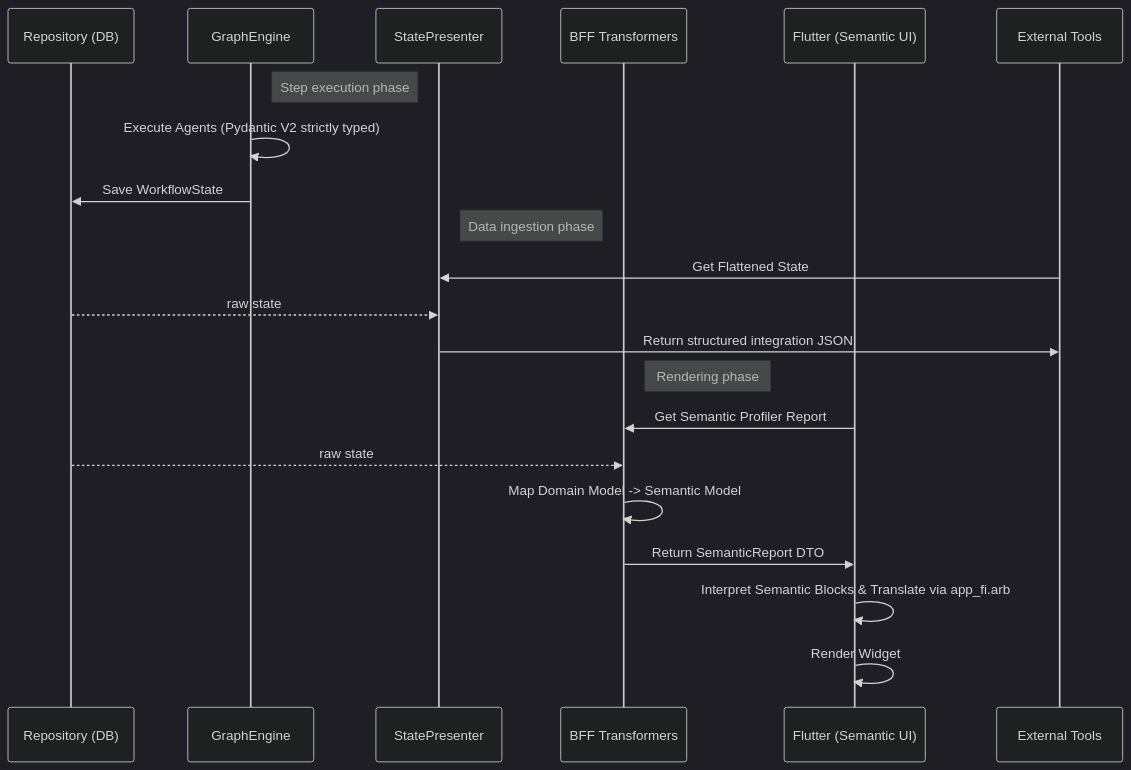
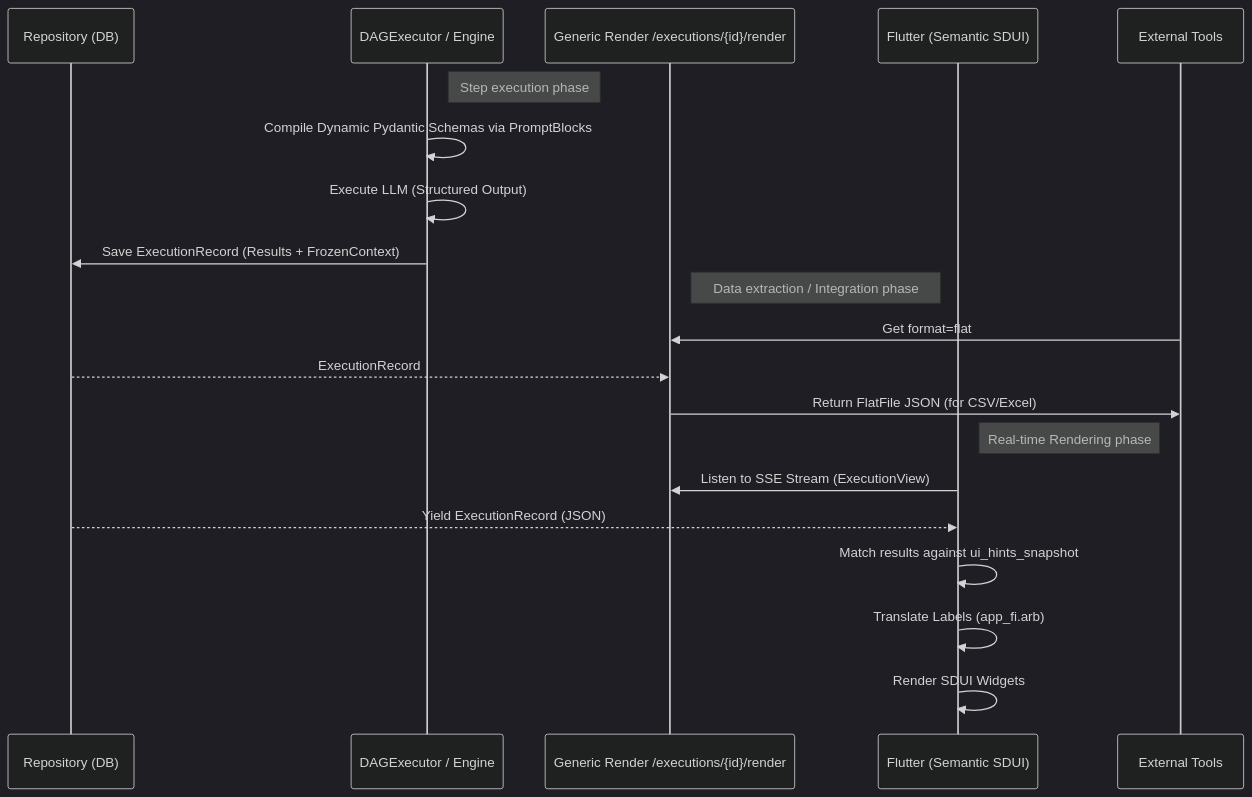
One commit to launis/quorum changed the diagram in docs/output_generation_pipeline.md. Above: the diagram before and after it, drawn with Mermaid (dark theme). The commit also changed other lines of this file and 37 other files, not shown here.

Commit message:
feat: Implement V2 system architecture with new backend, client application, and comprehensive documentation.

````diff
--- a/docs/output_generation_pipeline.md
+++ b/docs/output_generation_pipeline.md
@@ -93,26 +81,25 @@
 ```mermaid
 sequenceDiagram
     participant DB as Repository (DB)
-    participant E as GraphEngine
-    participant SP as StatePresenter
-    participant BFF as BFF Transformers
-    participant UI as Flutter (Semantic UI)
+    participant E as DAGExecutor / Engine
+    participant Rend as Generic Render /executions/{id}/render
+    participant UI as Flutter (Semantic SDUI)
     participant EXT as External Tools
 
     note right of E: Step execution phase
-    E->>E: Execute Agents (Pydantic V2 strictly typed)
-    E->>DB: Save WorkflowState
+    E->>E: Compile Dynamic Pydantic Schemas via PromptBlocks
+    E->>E: Execute LLM (Structured Output)
+    E->>DB: Save ExecutionRecord (Results + FrozenContext)
     
-    note right of SP: Data ingestion phase
-    EXT->>SP: Get Flattened State
-    DB-->>SP: raw state
-    SP->>EXT: Return structured integration JSON
+    note right of Rend: Data extraction / Integration phase
+    EXT->>Rend: Get format=flat
+    DB-->>Rend: ExecutionRecord
+    Rend->>EXT: Return FlatFile JSON (for CSV/Excel)
 
-    note right of BFF: Rendering phase
-    UI->>BFF: Get Semantic Profiler Report
-    DB-->>BFF: raw state
-    BFF->>BFF: Map Domain Model -> Semantic Model
-    BFF->>UI: Return SemanticReport DTO
-    UI->>UI: Interpret Semantic Blocks & Translate via app_fi.arb
-    UI->>UI: Render Widget
+    note right of UI: Real-time Rendering phase
+    UI->>Rend: Listen to SSE Stream (ExecutionView)
+    DB-->>UI: Yield ExecutionRecord (JSON)
+    UI->>UI: Match results against ui_hints_snapshot
+    UI->>UI: Translate Labels (app_fi.arb)
+    UI->>UI: Render SDUI Widgets
 ```
````
